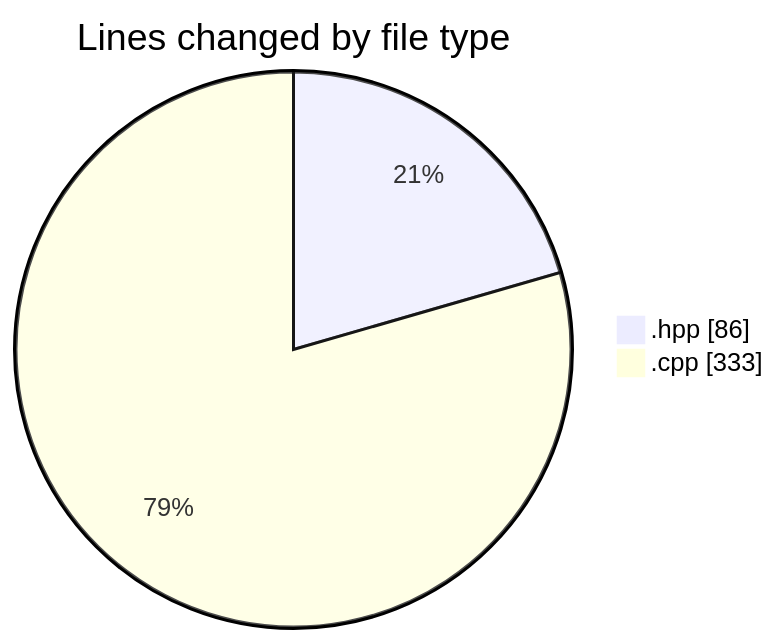
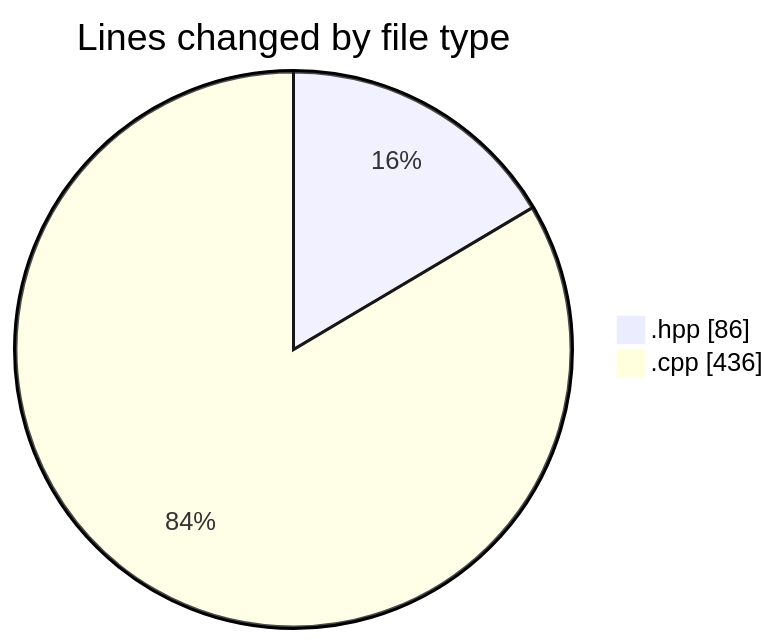
Before and after one commit to Netris89/code-tracking: the first of 2 diagrams in 2025-05-07/date/README.md, drawn with Mermaid. The commit also changed other lines of this file and 1 other file, not shown here.

````diff
--- a/2025-05-07/date/README.md
+++ b/2025-05-07/date/README.md
@@ -22,6 +23,6 @@
 ```mermaid
 pie showData
 title Lines changed by file type
 ".hpp" : 86
-".cpp" : 333
+".cpp" : 436
 ```
````
